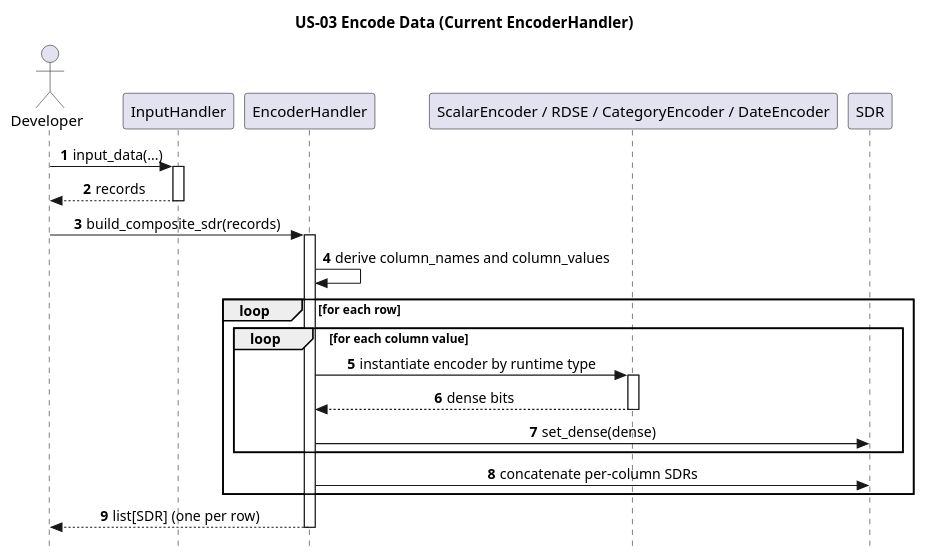
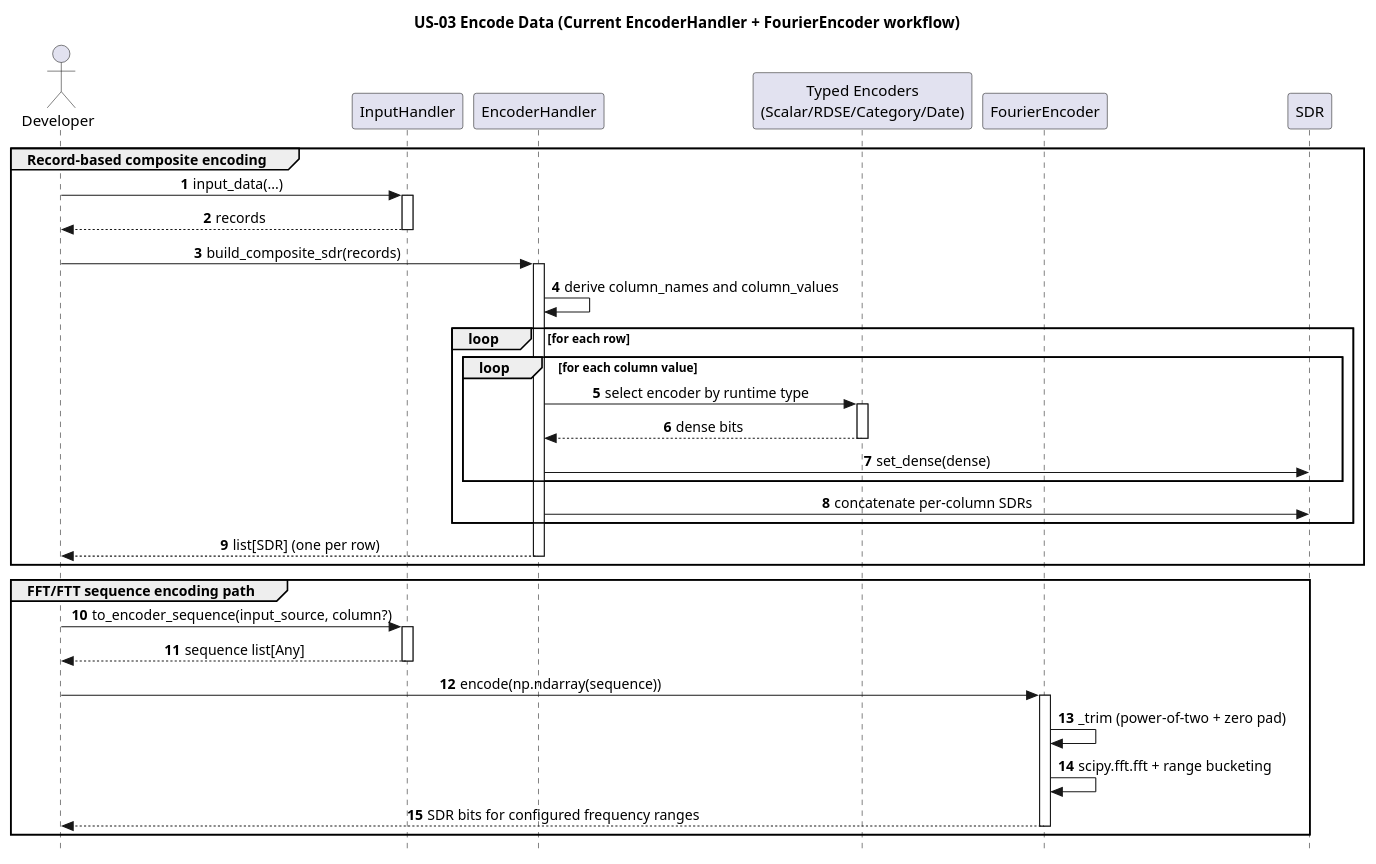
Before and after one commit to egrembocki/htmrl: the diagram in docs/puml/US/us-03.puml, drawn with PlantUML. The commit also changed 3 other files, not shown here.

Commit message:
Update US PUML flows for InputHandler and FFT changes

```diff
--- a/docs/puml/US/us-03.puml
+++ b/docs/puml/US/us-03.puml
@@ -1,37 +1,54 @@
 @startuml
 skinparam style strictuml
 skinparam sequenceMessageAlign center
 skinparam responseMessageBelowArrow true
 autonumber
 
-title US-03 Encode Data (Current EncoderHandler)
+title US-03 Encode Data (Current EncoderHandler + FourierEncoder workflow)
 
 actor Developer
 participant "InputHandler" as IH
 participant "EncoderHandler" as EH
-participant "ScalarEncoder / RDSE / CategoryEncoder / DateEncoder" as ENC
+participant "Typed Encoders\n(Scalar/RDSE/Category/Date)" as ENC
+participant "FourierEncoder" as FFT
 participant "SDR" as SDR
 
-Developer -> IH: input_data(...)
-activate IH
-IH --> Developer: records
-Deactivate IH
+group Record-based composite encoding
+  Developer -> IH: input_data(...)
+  activate IH
+  IH --> Developer: records
+  deactivate IH
 
-Developer -> EH: build_composite_sdr(records)
-activate EH
-EH -> EH: derive column_names and column_values
+  Developer -> EH: build_composite_sdr(records)
+  activate EH
+  EH -> EH: derive column_names and column_values
 
-loop for each row
-  loop for each column value
-    EH -> ENC: instantiate encoder by runtime type
-    activate ENC
-    ENC --> EH: dense bits
-    deactivate ENC
-    EH -> SDR: set_dense(dense)
+  loop for each row
+    loop for each column value
+      EH -> ENC: select encoder by runtime type
+      activate ENC
+      ENC --> EH: dense bits
+      deactivate ENC
+      EH -> SDR: set_dense(dense)
+    end
+    EH -> SDR: concatenate per-column SDRs
   end
-  EH -> SDR: concatenate per-column SDRs
+
+  EH --> Developer: list[SDR] (one per row)
+  deactivate EH
 end
 
-EH --> Developer: list[SDR] (one per row)
-deactivate EH
+group FFT/FTT sequence encoding path
+  Developer -> IH: to_encoder_sequence(input_source, column?)
+  activate IH
+  IH --> Developer: sequence list[Any]
+  deactivate IH
+
+  Developer -> FFT: encode(np.ndarray(sequence))
+  activate FFT
+  FFT -> FFT: _trim (power-of-two + zero pad)
+  FFT -> FFT: scipy.fft.fft + range bucketing
+  FFT --> Developer: SDR bits for configured frequency ranges
+  deactivate FFT
+end
 @enduml
```
